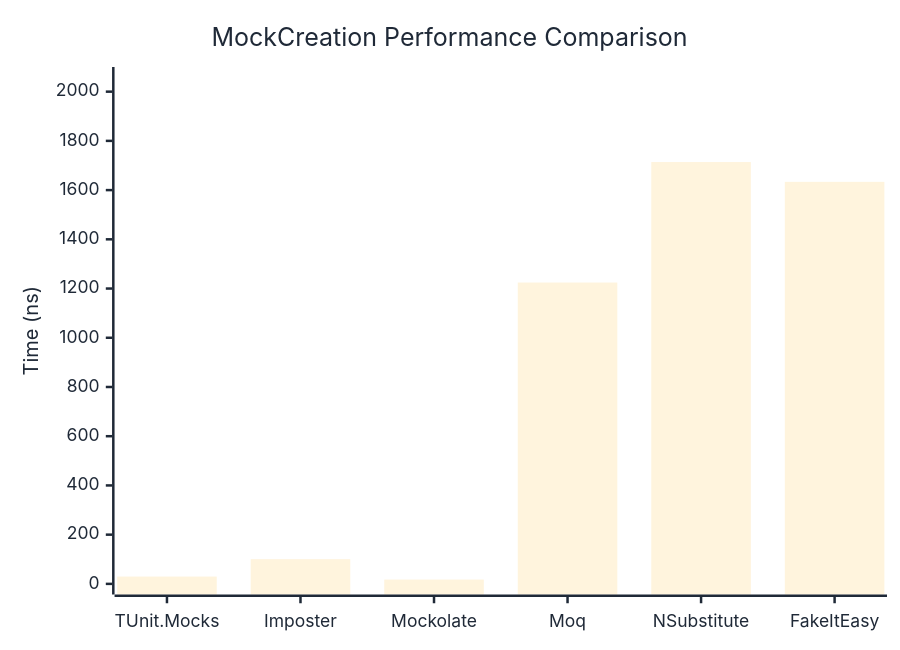
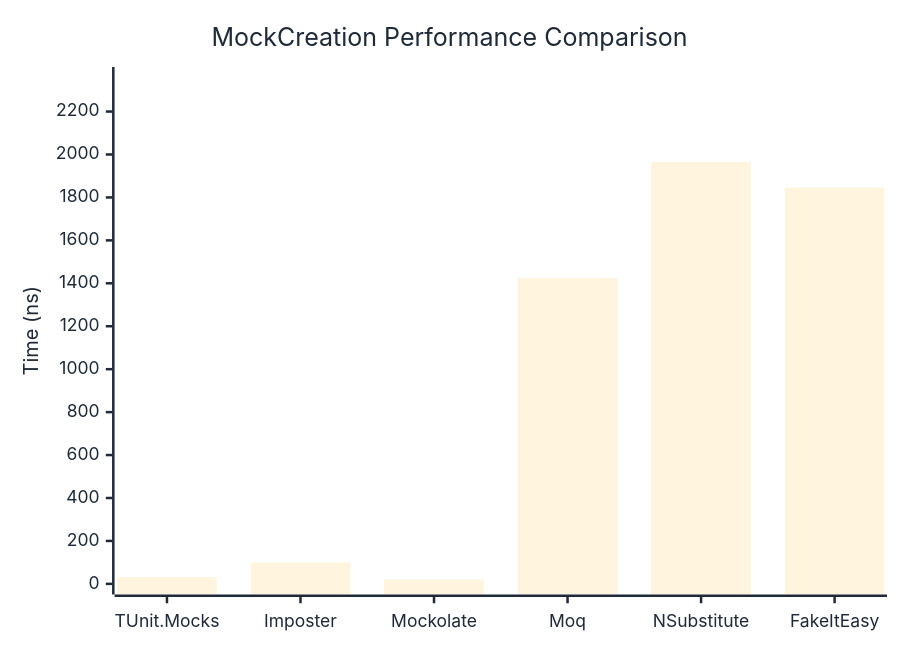
One commit to thomhurst/TUnit changed the first of 2 diagrams in docs/docs/benchmarks/mocks/MockCreation.md. Above: the diagram before and after it, drawn with Mermaid. The commit also changed other lines of this file and 14 other files, not shown here.

````diff
--- a/docs/docs/benchmarks/mocks/MockCreation.md
+++ b/docs/docs/benchmarks/mocks/MockCreation.md
@@ -30,27 +30,27 @@
 ```mermaid
 %%{init: {
   'theme':'base',
   'themeVariables': {
     'primaryColor': '#2563eb',
     'primaryTextColor': '#1f2937',
     'primaryBorderColor': '#1e40af',
     'lineColor': '#6b7280',
     'secondaryColor': '#7c3aed',
     'tertiaryColor': '#dc2626',
     'background': '#ffffff',
     'pie1': '#2563eb',
     'pie2': '#7c3aed',
     'pie3': '#dc2626',
     'pie4': '#f59e0b',
     'pie5': '#10b981',
     'pie6': '#06b6d4',
     'pie7': '#ec4899',
     'pie8': '#6366f1'
   }
 }}%%
 xychart-beta
   title "MockCreation Performance Comparison"
   x-axis ["TUnit.Mocks", "Imposter", "Mockolate", "Moq", "NSubstitute", "FakeItEasy"]
-  y-axis "Time (ns)" 0 --> 2057
-  bar [29.75, 100.4, 17.48, 1224.45, 1713.95, 1633.56]
+  y-axis "Time (ns)" 0 --> 2358
+  bar [31.97, 99.43, 19.97, 1424.09, 1964.82, 1845.82]
 ```
````
